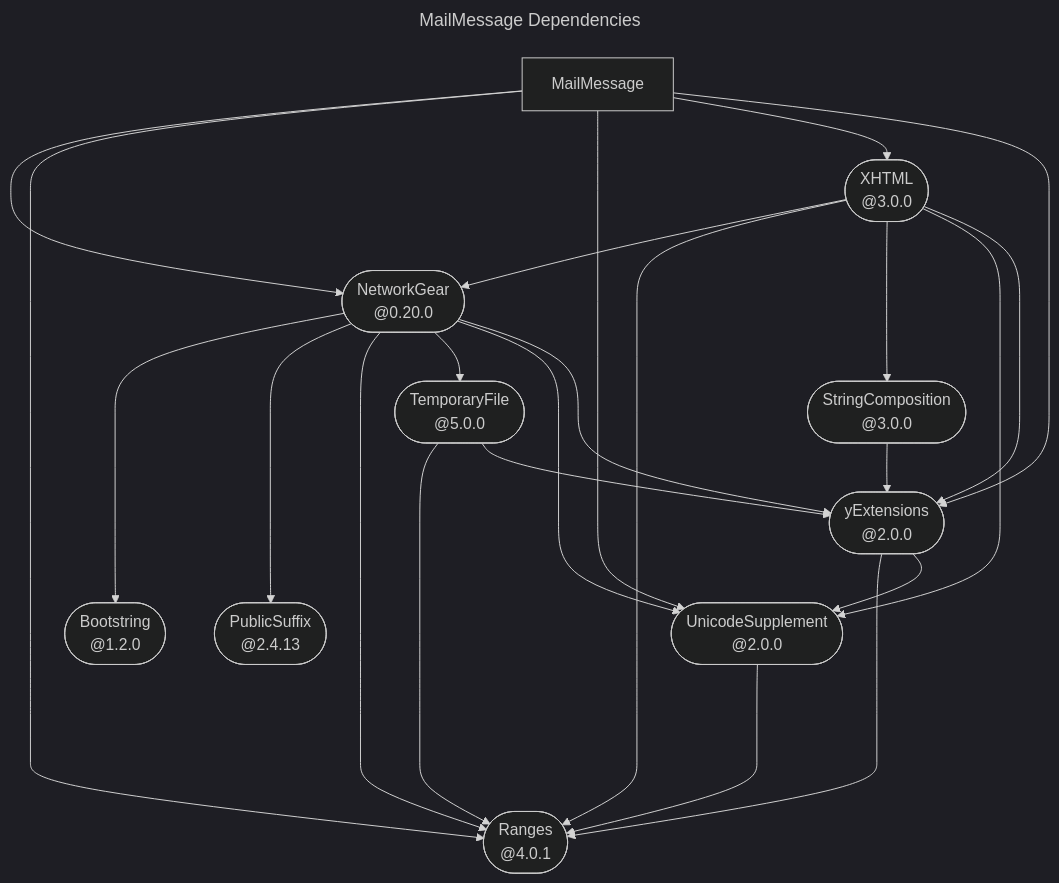
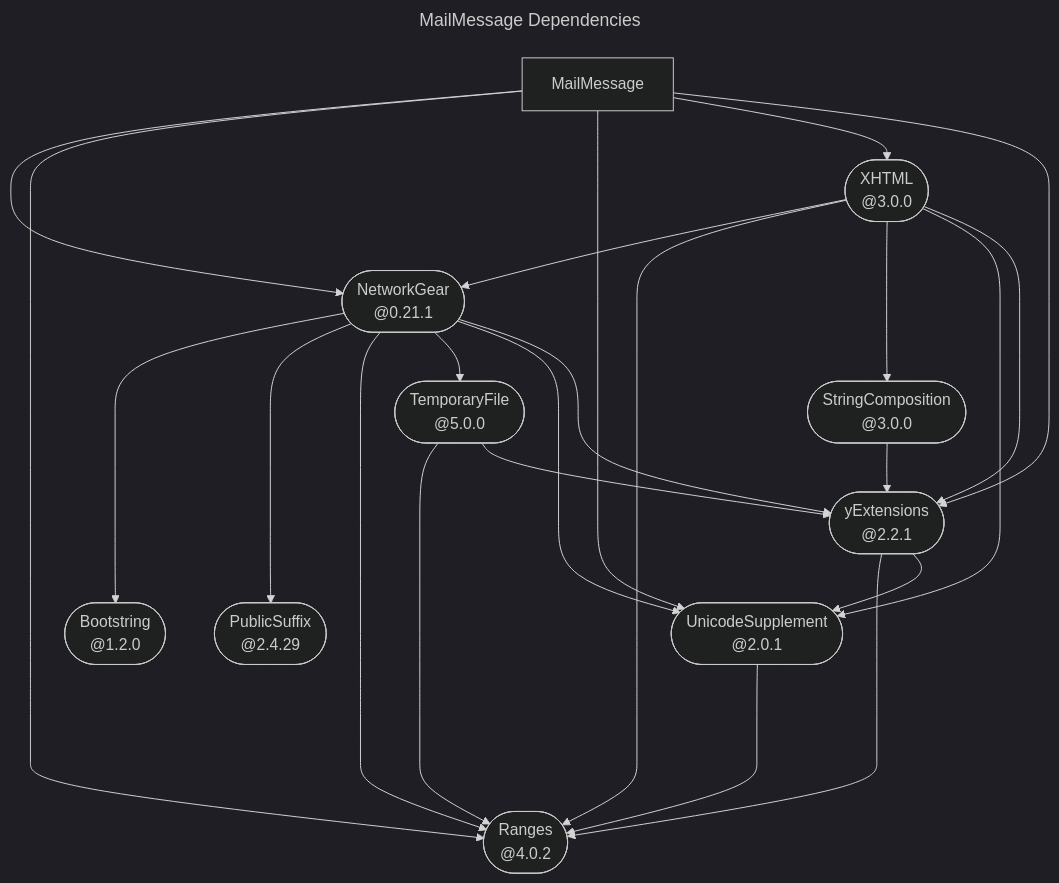
Before and after one commit to YOCKOW/SwiftMailMessage: the diagram in README.md, drawn with Mermaid (dark theme).

Commit message:
Update "./README.md".
This commit is done by the workflow in [SwiftPackageHelperTools](https://GitHub.com/YOCKOW/SwiftPackageHelperTools.git).
- UUID: dafc8252-b7bd-4481-bcce-ebd6bef3661d
- Date: 2026-07-13 05:46:06+0000

````diff
--- a/README.md
+++ b/README.md
@@ -14,51 +14,51 @@
 ```mermaid
 ---
 title: MailMessage Dependencies
 ---
 flowchart TD
   swiftbootstring(["Bootstring<br>@1.2.0"])
   swiftmailmessage["MailMessage"]
-  swiftnetworkgear(["NetworkGear<br>@0.20.0"])
-  swiftpublicsuffix(["PublicSuffix<br>@2.4.13"])
-  swiftranges(["Ranges<br>@4.0.1"])
+  swiftnetworkgear(["NetworkGear<br>@0.21.1"])
+  swiftpublicsuffix(["PublicSuffix<br>@2.4.29"])
+  swiftranges(["Ranges<br>@4.0.2"])
   swiftstringcomposition(["StringComposition<br>@3.0.0"])
   swifttemporaryfile(["TemporaryFile<br>@5.0.0"])
-  swiftunicodesupplement(["UnicodeSupplement<br>@2.0.0"])
+  swiftunicodesupplement(["UnicodeSupplement<br>@2.0.1"])
   swiftxhtml(["XHTML<br>@3.0.0"])
-  yswiftextensions(["yExtensions<br>@2.0.0"])
+  yswiftextensions(["yExtensions<br>@2.2.1"])
 
   click swiftbootstring href "https://github.com/YOCKOW/SwiftBootstring.git"
   click swiftnetworkgear href "https://github.com/YOCKOW/SwiftNetworkGear.git"
   click swiftpublicsuffix href "https://github.com/YOCKOW/SwiftPublicSuffix.git"
   click swiftranges href "https://github.com/YOCKOW/SwiftRanges.git"
   click swiftstringcomposition href "https://github.com/YOCKOW/SwiftStringComposition.git"
   click swifttemporaryfile href "https://github.com/YOCKOW/SwiftTemporaryFile.git"
   click swiftunicodesupplement href "https://github.com/YOCKOW/SwiftUnicodeSupplement.git"
   click swiftxhtml href "https://github.com/YOCKOW/SwiftXHTML.git"
   click yswiftextensions href "https://github.com/YOCKOW/ySwiftExtensions.git"
 
   swiftmailmessage --> swiftnetworkgear
   swiftmailmessage ----> swiftranges
   swiftmailmessage --> swiftunicodesupplement
   swiftmailmessage --> swiftxhtml
   swiftmailmessage --> yswiftextensions
   swiftnetworkgear ----> swiftbootstring
   swiftnetworkgear ----> swiftpublicsuffix
   swiftnetworkgear ----> swiftranges
   swiftnetworkgear --> swifttemporaryfile
   swiftnetworkgear --> swiftunicodesupplement
   swiftnetworkgear --> yswiftextensions
   swiftstringcomposition --> yswiftextensions
   swifttemporaryfile ----> swiftranges
   swifttemporaryfile --> yswiftextensions
   swiftunicodesupplement ----> swiftranges
   swiftxhtml --> swiftnetworkgear
   swiftxhtml ----> swiftranges
   swiftxhtml --> swiftstringcomposition
   swiftxhtml --> swiftunicodesupplement
   swiftxhtml --> yswiftextensions
   yswiftextensions ----> swiftranges
   yswiftextensions --> swiftunicodesupplement
 
 
 ```
````
